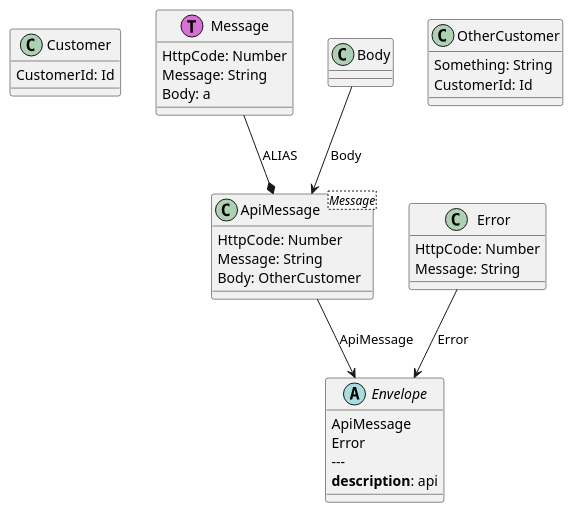
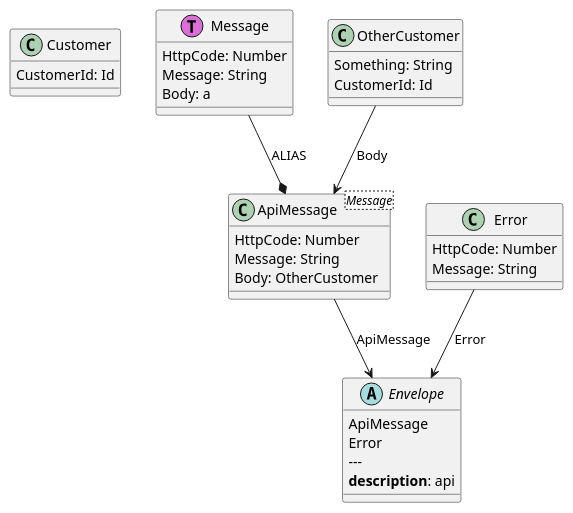
One commit to Baudin999/car-lang changed the diagram in Examples/.out/Request/Request.puml. Above: the diagram before and after it, drawn with PlantUML. The commit also changed 4 other files, not shown here.

```diff
--- a/Examples/.out/Request/Request.puml
+++ b/Examples/.out/Request/Request.puml
@@ -1,32 +1,32 @@
 class Customer {
 	CustomerId: Id 
 }
 abstract Envelope {
 	ApiMessage
 	Error
   ---
   <b>description</b>: api
     
 }
 ApiMessage --> Envelope : ApiMessage
 Error --> Envelope : Error
 class Message<< (T,orchid) >> {
 	HttpCode: Number 
 	Message: String 
 	Body: a 
 }
 class OtherCustomer {
 	Something: String 
 	CustomerId: Id 
 }
 class ApiMessage<Message> {
 	HttpCode: Number 
 	Message: String 
 	Body: OtherCustomer 
 }
-Body --> ApiMessage : Body
+OtherCustomer --> ApiMessage : Body
 Message --* ApiMessage: ALIAS
 class Error {
 	HttpCode: Number 
 	Message: String 
 }
```
